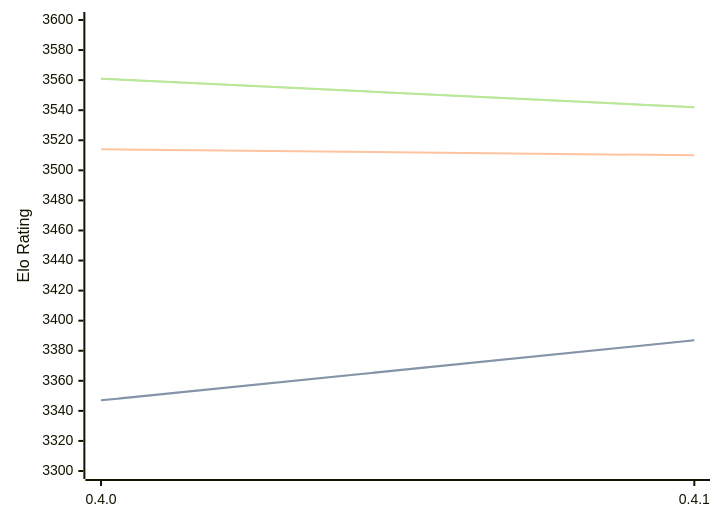
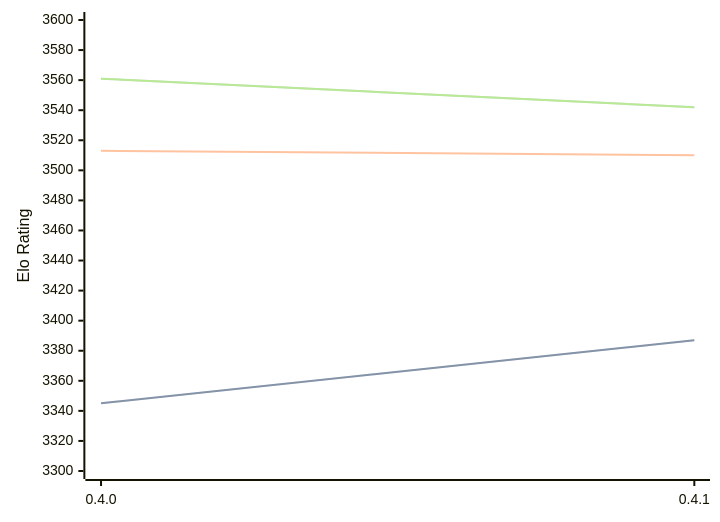
The diagram in engines/Cinder.md (computer-chess-index/cci), drawn with Mermaid before and after one commit. The commit also changed other lines of this file, not shown here.

Commit message:
Update CCI Ratings (ELO VLTC) - 2026-04-28

````diff
--- a/engines/Cinder.md
+++ b/engines/Cinder.md
@@ -40,11 +40,11 @@
 ```mermaid
 %%{init: {"theme":"base","themeVariables":{"seriesColors:['#a3a3a3','#222221','#faa371']}}}%%
 xychart-beta
   x-axis ["0.4.0", "0.4.1"]
   y-axis "Elo Rating" 3300 --> 3600
-  line "STC (8.0+0.08s)" [3347, 3387]
-  line "STC (8.0+0.08s)" [3347, 3387]
-  line "LTC (60.0+0.60s)" [3514, 3510]
+  line "STC (8.0+0.08s)" [3345, 3387]
+  line "STC (8.0+0.08s)" [3345, 3387]
+  line "LTC (60.0+0.60s)" [3513, 3510]
   line "VLTC (2m24s+1.12s)" [3561, 3542]
   line "VLTC (2m24s+1.12s)" [3561, 3542]
 ```
````
